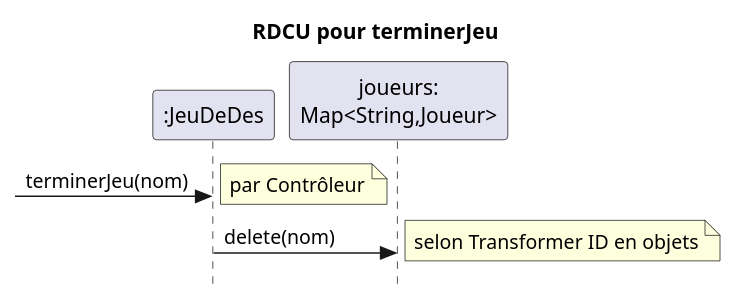
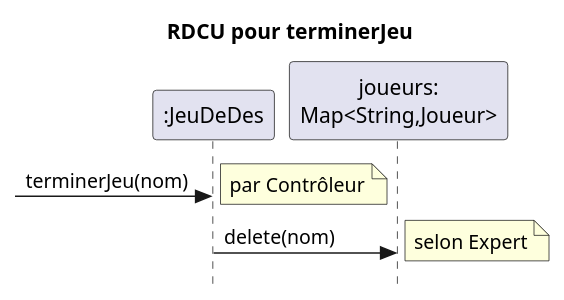
Before and after one commit to profcfuhrmanets/log210-jeu-de-des-node-express-ts: the diagram in docs/modeles/rdcu-terminerJeu.puml, drawn with PlantUML. The commit also changed 2 other files, not shown here.

Commit message:
Refactoriser diagrammes

```diff
--- a/docs/modeles/rdcu-terminerJeu.puml
+++ b/docs/modeles/rdcu-terminerJeu.puml
@@ -1,14 +1,11 @@
 @startuml
 skinparam style strictuml
 skinparam defaultfontname Verdana
 title RDCU pour terminerJeu
 participant ":JeuDeDes" as c
 participant "joueurs:\nMap<String,Joueur>" as jm
-'participant "j:Joueur" as j
 ->c : terminerJeu(nom)
 note right : par Contrôleur
 c->jm : delete(nom)
-note right : selon Transformer ID en objets
-'c-->j
-'destroy j
+note right : selon Expert
 @enduml
```
